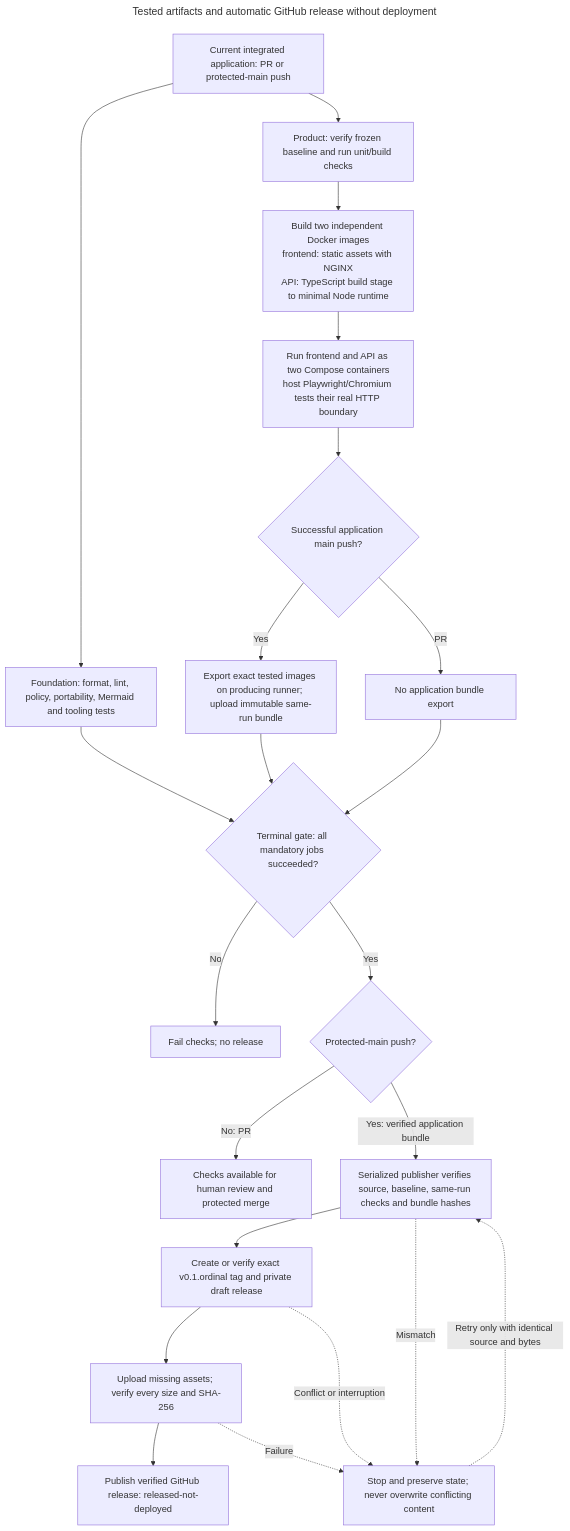
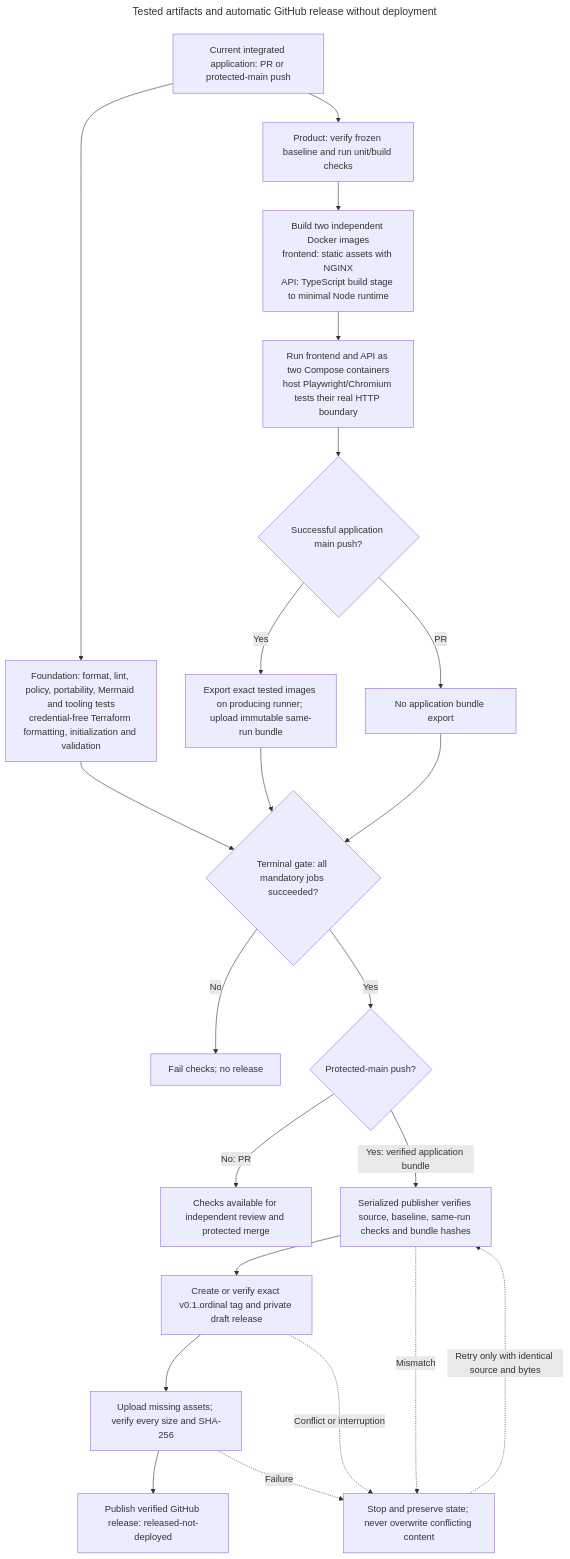
The diagram in docs/architecture/diagrams/release.mmd (brobro10000/mp3-frame-counter), drawn with Mermaid before and after one commit. The commit also changed 18 other files, not shown here.

```diff
--- a/docs/architecture/diagrams/release.mmd
+++ b/docs/architecture/diagrams/release.mmd
@@ -1,43 +1,50 @@
 ---
 title: Tested artifacts and automatic GitHub release without deployment
 query: >-
-  Show the implemented CI and release-only flow. Distinguish PR validation from protected-main publication, parallel
-  foundation/product checks from the terminal control-plane gate, and the same-run exact tested image export from
-  publication. Include frozen baseline verification, complete acceptance, immutable artifact/provenance checks,
-  version/tag identity, draft asset verification and safe identical retries. Do not add deployment, registry push,
-  provider provisioning or production approval; those are absent from the current release implementation.
-  For the current integrated application, show independent Docker image builds, the two running Compose containers
-  and host acceptance processes, then export of those exact tested images. Images and archives are artifacts, not
-  extra running services. Earlier source-only phases have a separate foundation-delivery path outside this view.
+  Show the implemented CI and release-only flow. Distinguish PR validation from
+  protected-main publication, parallel foundation/product checks from the
+  terminal control-plane gate, and the same-run exact tested image export from
+  publication. Include frozen baseline verification, complete acceptance,
+  immutable artifact/provenance checks, version/tag identity, draft asset
+  verification and safe identical retries. Do not add deployment, registry push,
+  provider provisioning or production approval; those are absent from the
+  current release implementation. For the current integrated application, show
+  independent Docker image builds, the two running Compose containers and host
+  acceptance processes, then export of those exact tested images. Images and
+  archives are artifacts, not extra running services. Earlier source-only phases
+  have a separate foundation-delivery path outside this view.
+  Foundation includes credential-free Terraform formatting, initialization and
+  validation; keep these checks inside its mandatory gate, with no cloud apply.
 references:
-  - "File: /.github/workflows/ci.yml"
-  - "File: /scripts/run-ci-phase.mjs"
-  - "File: /scripts/ci-gate.mjs"
-  - "File: /scripts/publish-release-bundle.mjs"
-  - "File: /scripts/prepare-release.mjs"
-  - "File: /scripts/publish-release.mjs"
-  - "File: /scripts/publish-release-evidence.mjs"
-  - "File: /scripts/release-manifest.mjs"
+  - 'File: /.github/workflows/ci.yml'
+  - 'File: /scripts/run-ci-phase.mjs'
+  - 'File: /scripts/ci-gate.mjs'
+  - 'File: /scripts/publish-release-bundle.mjs'
+  - 'File: /scripts/prepare-release.mjs'
+  - 'File: /scripts/publish-release.mjs'
+  - 'File: /scripts/publish-release-evidence.mjs'
+  - 'File: /scripts/release-manifest.mjs'
+generationTime: '2026-10-10T06:55:37.214Z'
 ---
 flowchart TD
-    EVENT["Current integrated application: PR or protected-main push"] --> F["Foundation: format, lint, policy, portability, Mermaid and tooling tests"]
+    EVENT["Current integrated application: PR or protected-main push"] --> F["Foundation: format, lint, policy, portability, Mermaid and tooling tests<br/>credential-free Terraform formatting, initialization and validation"]
     EVENT --> P["Product: verify frozen baseline and run unit/build checks"]
     P --> BUILD["Build two independent Docker images<br/>frontend: static assets with NGINX<br/>API: TypeScript build stage to minimal Node runtime"]
     BUILD --> TEST["Run frontend and API as two Compose containers<br/>host Playwright/Chromium tests their real HTTP boundary"]
     TEST --> KIND{"Successful application main push?"}
     KIND -->|"Yes"| B["Export exact tested images on producing runner; upload immutable same-run bundle"]
     KIND -->|"PR"| RESULT["No application bundle export"]
     F --> G{"Terminal gate: all mandatory jobs succeeded?"}
     B --> G
     RESULT --> G
     G -->|"No"| STOP["Fail checks; no release"]
     G -->|"Yes"| MAIN{"Protected-main push?"}
-    MAIN -->|"No: PR"| REVIEW["Checks available for human review and protected merge"]
+    MAIN -->|"No: PR"| REVIEW["Checks available for independent review and protected merge"]
     MAIN -->|"Yes: verified application bundle"| VERIFY["Serialized publisher verifies source, baseline, same-run checks and bundle hashes"]
     VERIFY --> DRAFT["Create or verify exact v0.1.ordinal tag and private draft release"]
     DRAFT --> ASSETS["Upload missing assets; verify every size and SHA-256"]
     ASSETS --> RELEASE["Publish verified GitHub release: released-not-deployed"]
     VERIFY -.->|"Mismatch"| FAIL["Stop and preserve state; never overwrite conflicting content"]
     DRAFT -.->|"Conflict or interruption"| FAIL
     ASSETS -.->|"Failure"| FAIL
     FAIL -.->|"Retry only with identical source and bytes"| VERIFY
```
